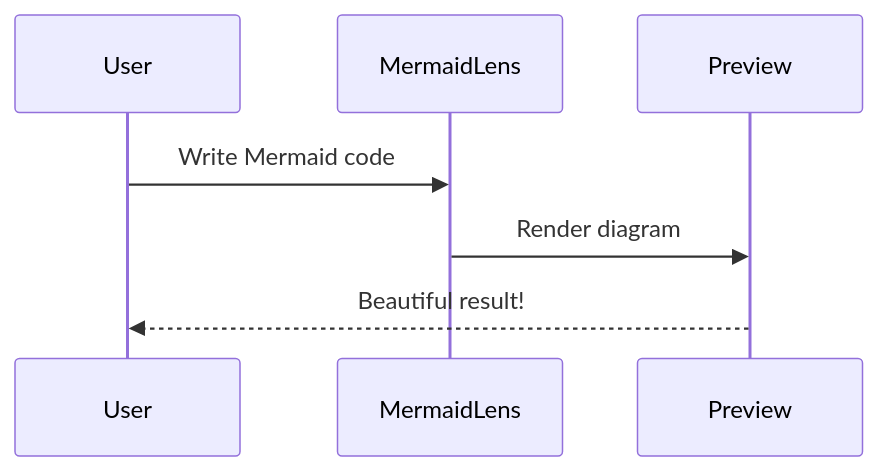
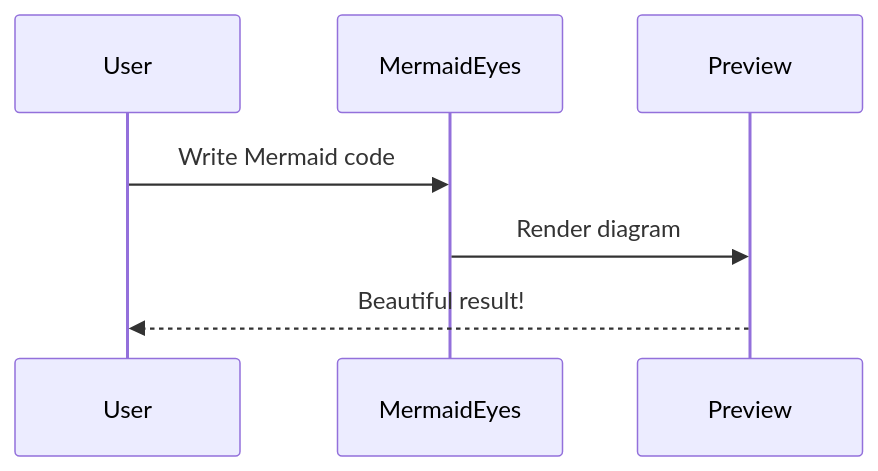
The second of 4 diagrams in extension/media/welcome.md (sraphaz/mermaidEyes), drawn with Mermaid before and after one commit. The commit also changed other lines of this file and 27 other files, not shown here.

````diff
--- a/extension/media/welcome.md
+++ b/extension/media/welcome.md
@@ -62,10 +62,10 @@
 ```mermaid
 sequenceDiagram
   participant User
-  participant MermaidLens
+  participant MermaidEyes
   participant Preview
   
-  User->>MermaidLens: Write Mermaid code
-  MermaidLens->>Preview: Render diagram
+  User->>MermaidEyes: Write Mermaid code
+  MermaidEyes->>Preview: Render diagram
   Preview-->>User: Beautiful result!
 ```
````
